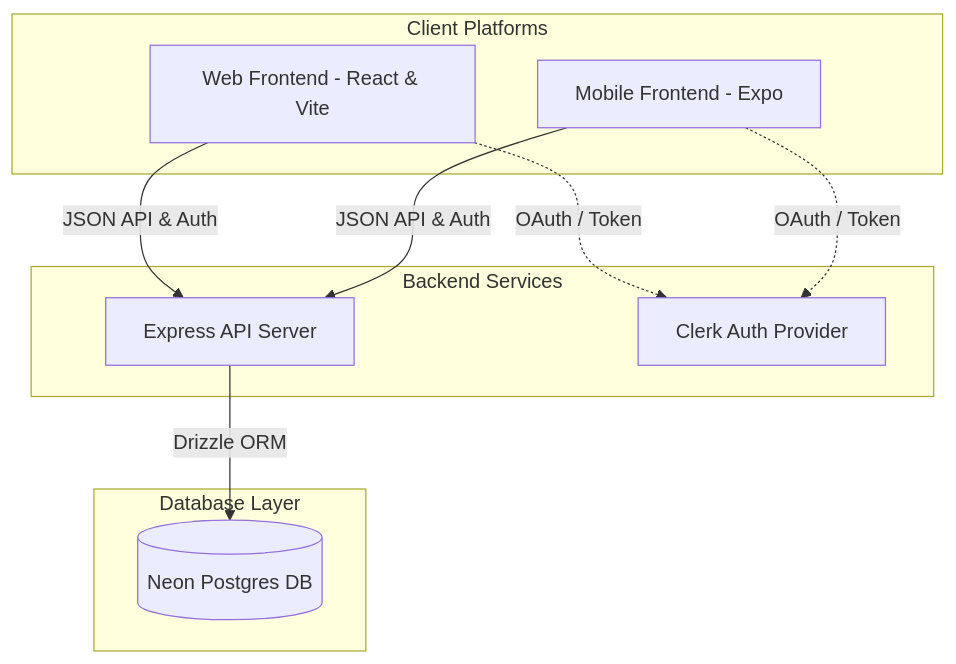
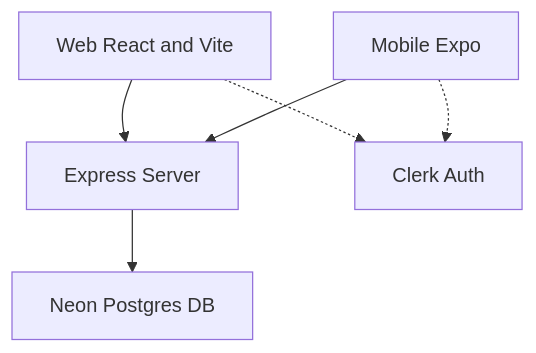
One commit to guniluk/webMobile-recipe-all changed the diagram in README.md. Above: the diagram before and after it, drawn with Mermaid. The commit also changed other lines of this file and 3 other files, not shown here.

````diff
--- a/README.md
+++ b/README.md
@@ -23,22 +24,8 @@
 ```mermaid
 graph TD
-    subgraph Client Platforms
-        Web[Web Frontend - React & Vite]
-        Mobile[Mobile Frontend - Expo]
-    end
-
-    subgraph Backend Services
-        Express[Express API Server]
-        Clerk[Clerk Auth Provider]
-    end
-
-    subgraph Database Layer
-        Neon[(Neon Postgres DB)]
-    end
-
-    Web -->|JSON API & Auth| Express
-    Mobile -->|JSON API & Auth| Express
-    Web -.->|OAuth / Token| Clerk
-    Mobile -.->|OAuth / Token| Clerk
-    Express -->|Drizzle ORM| Neon
+    Web[Web React and Vite] --> Express[Express Server]
+    Mobile[Mobile Expo] --> Express[Express Server]
+    Web -.-> Clerk[Clerk Auth]
+    Mobile -.-> Clerk[Clerk Auth]
+    Express --> Neon[Neon Postgres DB]
 ```
````
